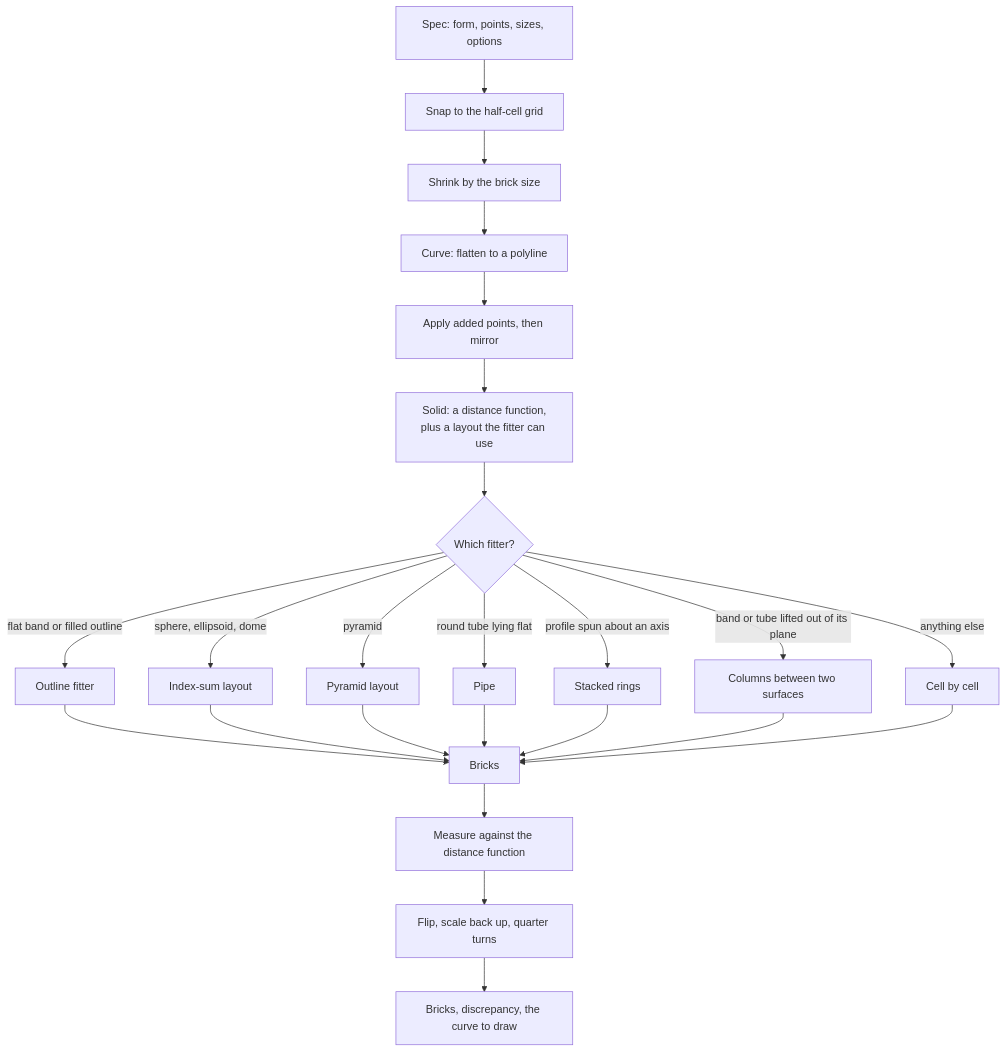
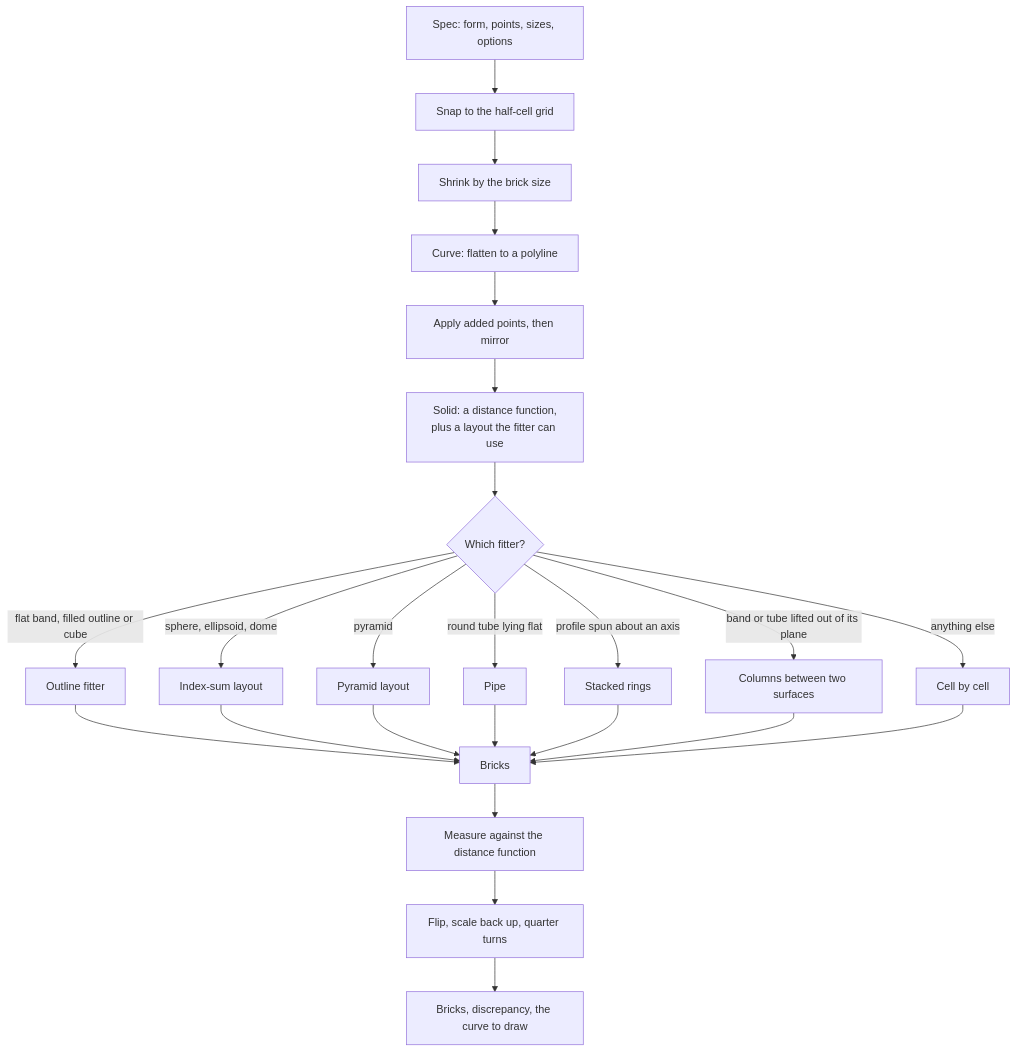
Before and after one commit to Gameboard-dev/brickloft: the first of 2 diagrams in docs/algorithm.md, drawn with Mermaid. The commit also changed other lines of this file and 16 other files, not shown here.

````diff
--- a/docs/algorithm.md
+++ b/docs/algorithm.md
@@ -227,26 +227,26 @@
 ```mermaid
 flowchart TD
     A[Spec: form, points, sizes, options] --> B[Snap to the half-cell grid]
     B --> B2[Shrink by the brick size]
     B2 --> C[Curve: flatten to a polyline]
     C --> D[Apply added points, then mirror]
     D --> E[Solid: a distance function,<br/>plus a layout the fitter can use]
     E --> F{Which fitter?}
-    F -->|flat band or filled outline| G[Outline fitter]
+    F -->|flat band, filled outline or cube| G[Outline fitter]
     F -->|sphere, ellipsoid, dome| H[Index-sum layout]
     F -->|pyramid| I[Pyramid layout]
     F -->|round tube lying flat| J[Pipe]
     F -->|profile spun about an axis| K[Stacked rings]
     F -->|band or tube lifted out of its plane| L[Columns between two surfaces]
     F -->|anything else| M[Cell by cell]
     G --> N[Bricks]
     H --> N
     I --> N
     J --> N
     K --> N
     L --> N
     M --> N
     N --> O[Measure against the distance function]
     O --> P[Flip, scale back up, quarter turns]
     P --> Q[Bricks, discrepancy, the curve to draw]
 ```
````
